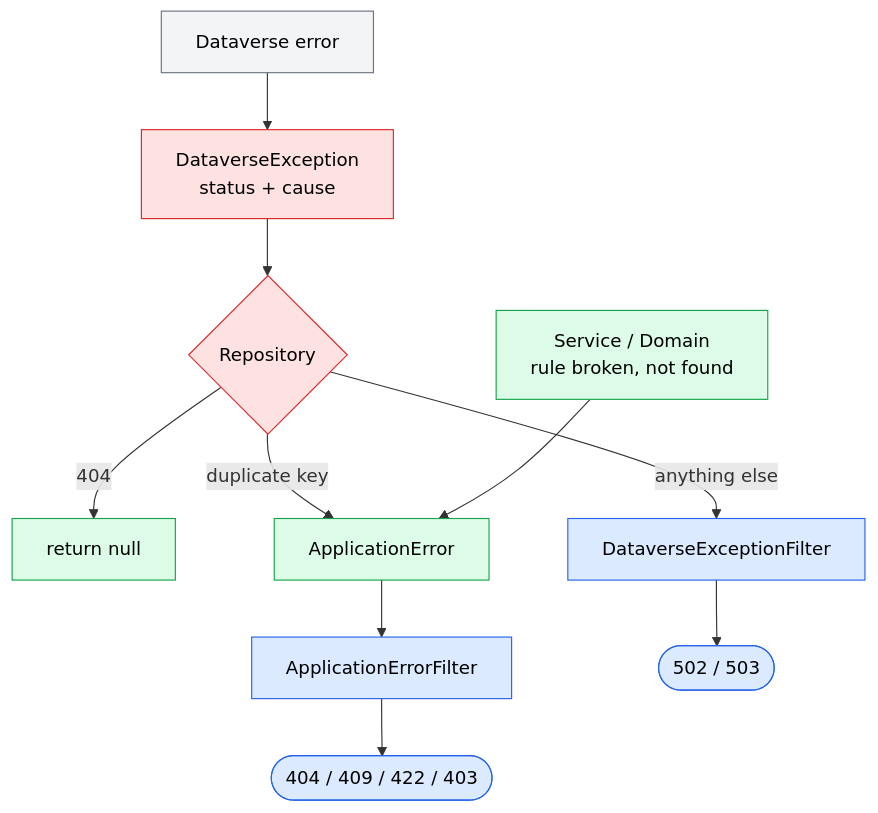
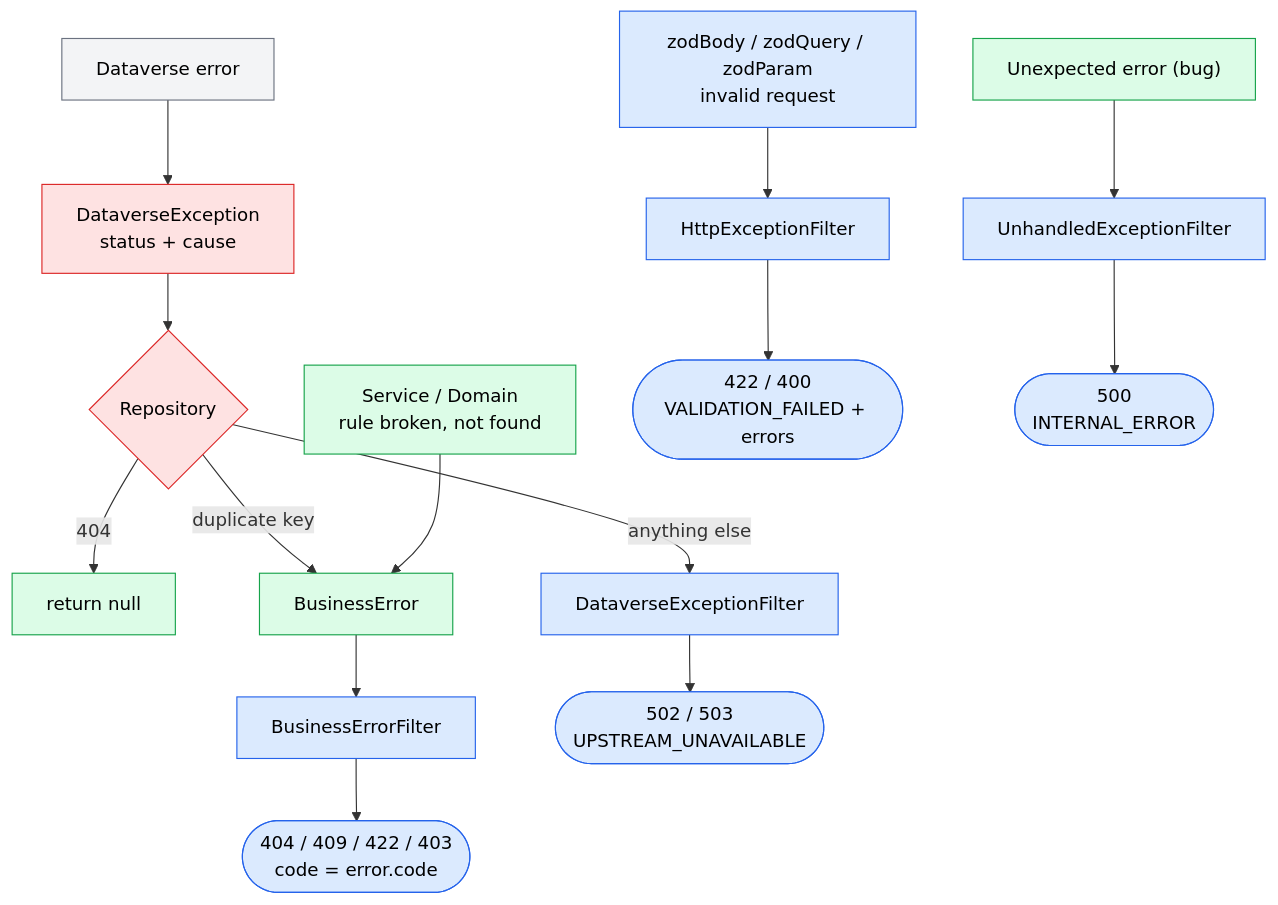
Before and after one commit to ahmed-nasr-ali/PHD_Backend_API_Layer: the fourth of 4 diagrams in docs/flow.md, drawn with Mermaid. The commit also changed other lines of this file and 48 other files, not shown here.

````diff
--- a/docs/flow.md
+++ b/docs/flow.md
@@ -108,21 +108,25 @@
 ```mermaid
 flowchart TB
     S1["Dataverse error"] --> S2["DataverseException<br/>status + cause"]
     S2 --> S3{"Repository"}
     S3 -->|404| N["return null"]
-    S3 -->|duplicate key| AE["ApplicationError"]
+    S3 -->|duplicate key| AE["BusinessError"]
     S3 -->|anything else| F2["DataverseExceptionFilter"]
     U["Service / Domain<br/>rule broken, not found"] --> AE
-    AE --> F1["ApplicationErrorFilter"]
-    F1 --> H1(["404 / 409 / 422 / 403"])
-    F2 --> H2(["502 / 503"])
+    AE --> F1["BusinessErrorFilter"]
+    F1 --> H1(["404 / 409 / 422 / 403<br/>code = error.code"])
+    F2 --> H2(["502 / 503<br/>UPSTREAM_UNAVAILABLE"])
+    V["zodBody / zodQuery / zodParam<br/>invalid request"] --> F3["HttpExceptionFilter"]
+    F3 --> H3(["422 / 400<br/>VALIDATION_FAILED + errors"])
+    B["Unexpected error (bug)"] --> F4["UnhandledExceptionFilter"]
+    F4 --> H4(["500<br/>INTERNAL_ERROR"])
 
     classDef pres fill:#dbeafe,stroke:#2563eb,color:#000
     classDef app fill:#dcfce7,stroke:#16a34a,color:#000
     classDef infra fill:#fee2e2,stroke:#dc2626,color:#000
     classDef ext fill:#f3f4f6,stroke:#6b7280,color:#000
-    class F1,F2,H1,H2 pres
-    class U,AE,N app
+    class F1,F2,F3,F4,H1,H2,H3,H4,V pres
+    class U,AE,N,B app
     class S2,S3 infra
     class S1 ext
 ```
````
